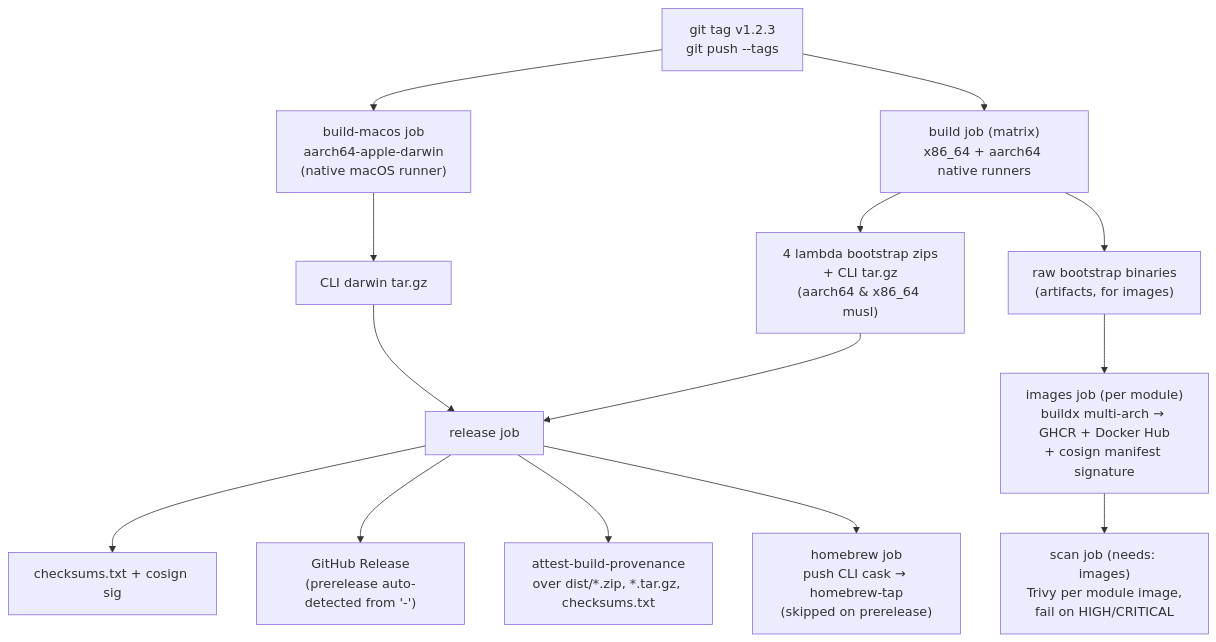
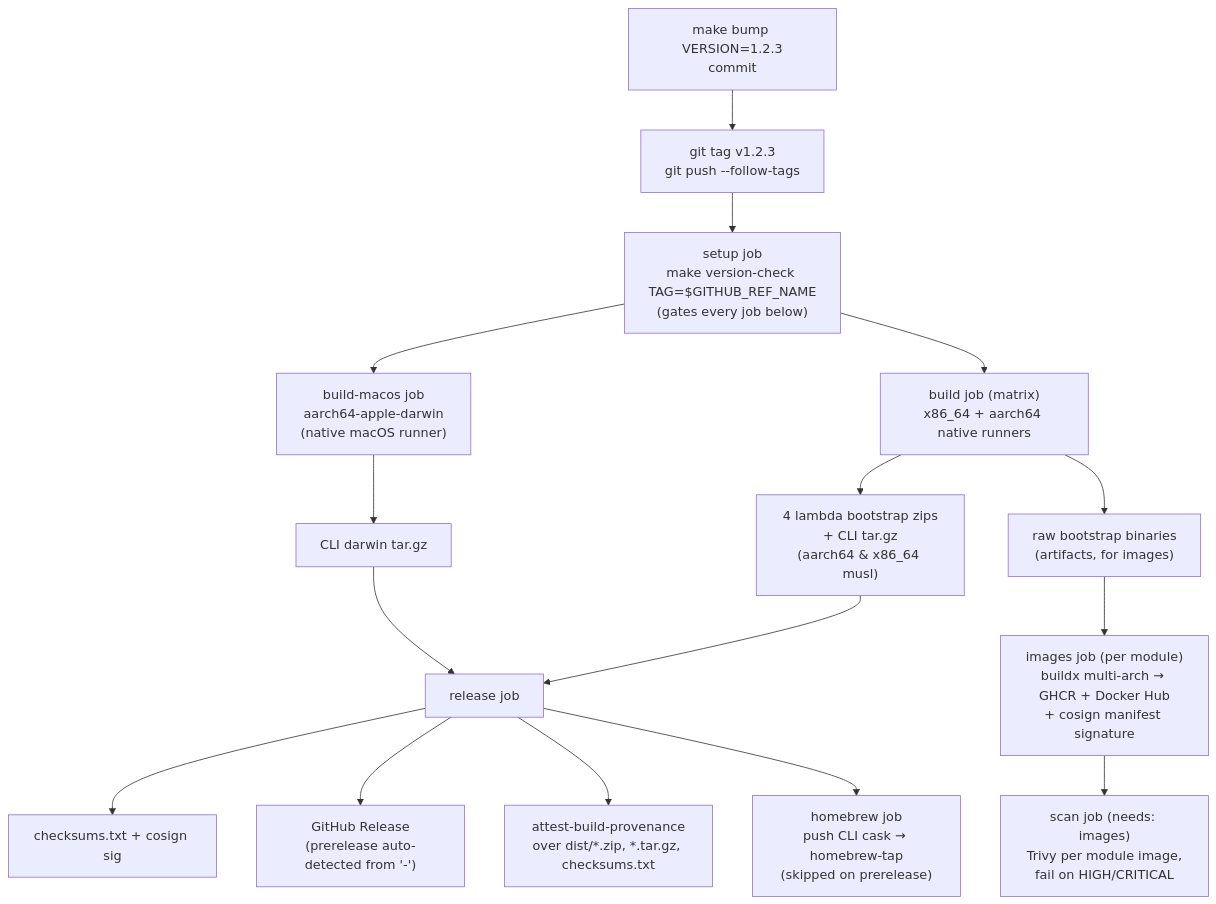
The diagram in docs/development.md (boogy/cloudtrail-rs), drawn with Mermaid before and after one commit. The commit also changed other lines of this file and 58 other files, not shown here.

````diff
--- a/docs/development.md
+++ b/docs/development.md
@@ -91,16 +127,18 @@
 ```mermaid
 flowchart TD
-    TAG["git tag v1.2.3<br/>git push --tags"] --> B["build job (matrix)<br/>x86_64 + aarch64 native runners"]
-    TAG --> BM["build-macos job<br/>aarch64-apple-darwin<br/>(native macOS runner)"]
+    BUMP["make bump VERSION=1.2.3<br/>commit"] --> TAG["git tag v1.2.3<br/>git push --follow-tags"]
+    TAG --> GATE["setup job<br/>make version-check TAG=$GITHUB_REF_NAME<br/>(gates every job below)"]
+    GATE --> B["build job (matrix)<br/>x86_64 + aarch64 native runners"]
+    GATE --> BM["build-macos job<br/>aarch64-apple-darwin<br/>(native macOS runner)"]
     B --> BINS["4 lambda bootstrap zips<br/>+ CLI tar.gz<br/>(aarch64 & x86_64 musl)"]
     B --> RAW["raw bootstrap binaries<br/>(artifacts, for images)"]
     BM --> DARWIN["CLI darwin tar.gz"]
     BINS --> REL["release job"]
     DARWIN --> REL
     REL --> SUMS["checksums.txt + cosign sig"]
     REL --> GH["GitHub Release<br/>(prerelease auto-detected from '-')"]
     REL --> ATT["attest-build-provenance<br/>over dist/*.zip, *.tar.gz, checksums.txt"]
     REL --> BREW["homebrew job<br/>push CLI cask → homebrew-tap<br/>(skipped on prerelease)"]
     RAW --> IMG["images job (per module)<br/>buildx multi-arch → GHCR + Docker Hub<br/>+ cosign manifest signature"]
     IMG --> SCAN["scan job (needs: images)<br/>Trivy per module image,<br/>fail on HIGH/CRITICAL"]
 ```
````
